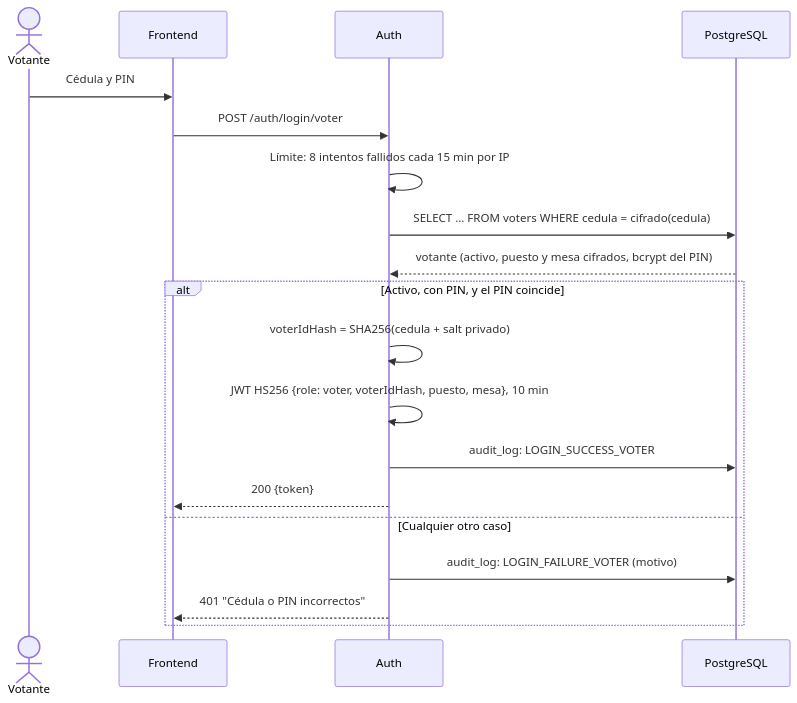
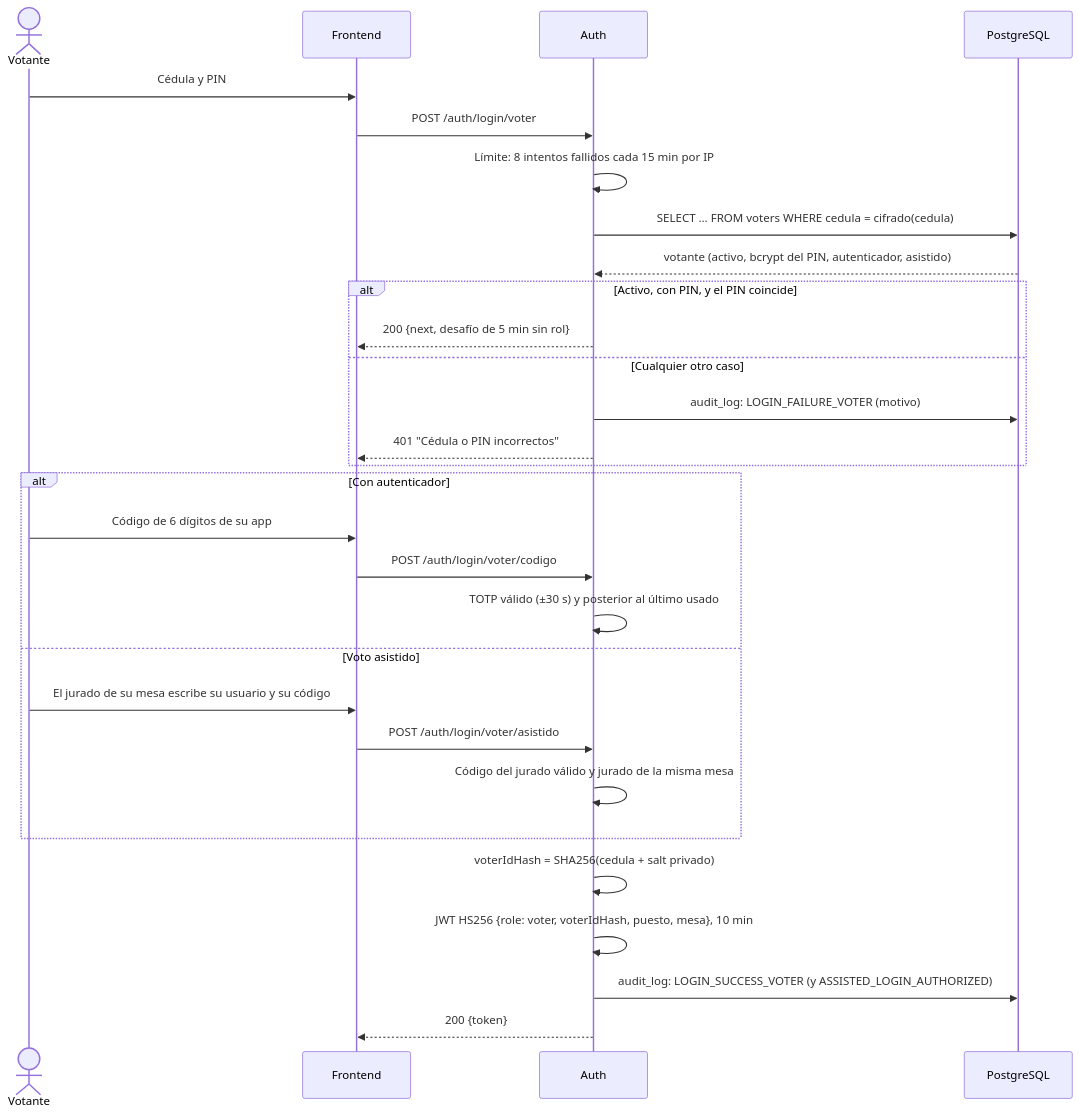
Before and after one commit to NicolasPineda1421/LiveMetric: the third of 8 diagrams in docs/informe-tecnico.md, drawn with Mermaid. The commit also changed other lines of this file and 45 other files, not shown here.

First line of the commit message:
Segundo factor para votar (TOTP) y voto asistido por el jurado de la mesa

````diff
--- a/docs/informe-tecnico.md
+++ b/docs/informe-tecnico.md
@@ -184,22 +185,32 @@
 ```mermaid
 sequenceDiagram
     actor Votante
     participant FE as Frontend
     participant AUTH as Auth
     participant DB as PostgreSQL
 
     Votante->>FE: Cédula y PIN
     FE->>AUTH: POST /auth/login/voter
     AUTH->>AUTH: Límite: 8 intentos fallidos cada 15 min por IP
     AUTH->>DB: SELECT … FROM voters WHERE cedula = cifrado(cedula)
-    DB-->>AUTH: votante (activo, puesto y mesa cifrados, bcrypt del PIN)
+    DB-->>AUTH: votante (activo, bcrypt del PIN, autenticador, asistido)
     alt Activo, con PIN, y el PIN coincide
-        AUTH->>AUTH: voterIdHash = SHA256(cedula + salt privado)
-        AUTH->>AUTH: JWT HS256 {role: voter, voterIdHash, puesto, mesa}, 10 min
-        AUTH->>DB: audit_log: LOGIN_SUCCESS_VOTER
-        AUTH-->>FE: 200 {token}
+        AUTH-->>FE: 200 {next, desafío de 5 min sin rol}
     else Cualquier otro caso
         AUTH->>DB: audit_log: LOGIN_FAILURE_VOTER (motivo)
         AUTH-->>FE: 401 "Cédula o PIN incorrectos"
     end
+    alt Con autenticador
+        Votante->>FE: Código de 6 dígitos de su app
+        FE->>AUTH: POST /auth/login/voter/codigo
+        AUTH->>AUTH: TOTP válido (±30 s) y posterior al último usado
+    else Voto asistido
+        Votante->>FE: El jurado de su mesa escribe su usuario y su código
+        FE->>AUTH: POST /auth/login/voter/asistido
+        AUTH->>AUTH: Código del jurado válido y jurado de la misma mesa
+    end
+    AUTH->>AUTH: voterIdHash = SHA256(cedula + salt privado)
+    AUTH->>AUTH: JWT HS256 {role: voter, voterIdHash, puesto, mesa}, 10 min
+    AUTH->>DB: audit_log: LOGIN_SUCCESS_VOTER (y ASSISTED_LOGIN_AUTHORIZED)
+    AUTH-->>FE: 200 {token}
 ```
````
